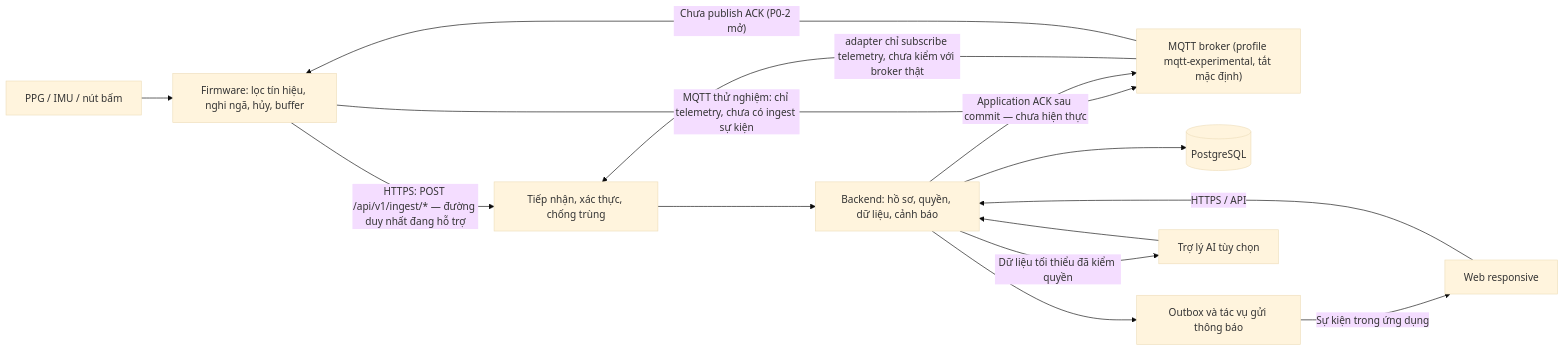
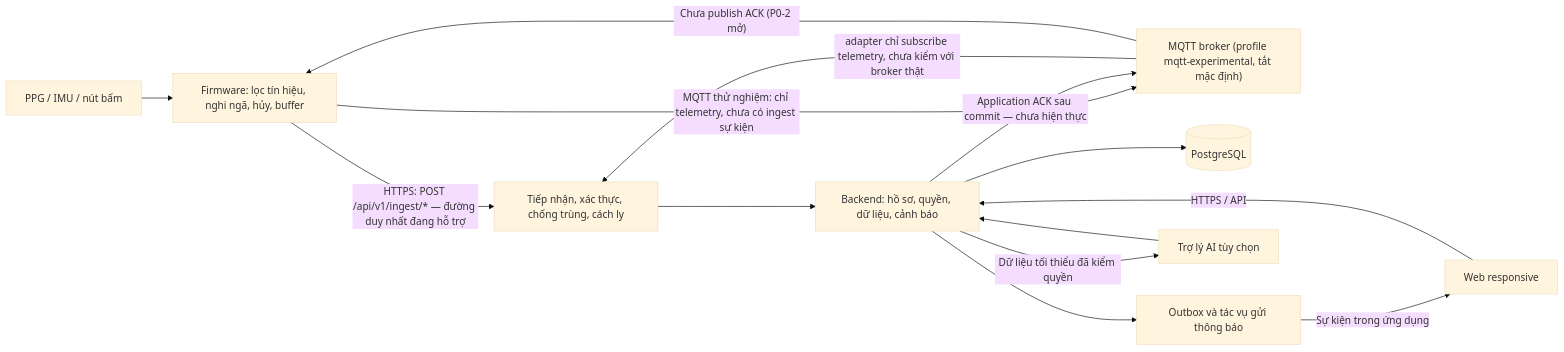
Before and after one commit to Tung204/Heart-iot: the first of 2 diagrams in docs/03-kien-truc-he-thong.md, drawn with Mermaid (base theme). The commit also changed other lines of this file and 21 other files, not shown here.

````diff
--- a/docs/03-kien-truc-he-thong.md
+++ b/docs/03-kien-truc-he-thong.md
@@ -9,16 +11,16 @@
 ```mermaid
 flowchart LR
     Sensors["PPG / IMU / nút bấm"] --> Device["Firmware: lọc tín hiệu, nghi ngã, hủy, buffer"]
-    Device -->|"HTTPS: POST /api/v1/ingest/* — đường duy nhất đang hỗ trợ"| Ingest["Tiếp nhận, xác thực, chống trùng"]
+    Device -->|"HTTPS: POST /api/v1/ingest/* — đường duy nhất đang hỗ trợ"| Ingest["Tiếp nhận, xác thực, chống trùng, cách ly"]
     Device -->|"MQTT thử nghiệm: chỉ telemetry, chưa có ingest sự kiện"| Broker["MQTT broker (profile mqtt-experimental, tắt mặc định)"]
     Broker -->|"adapter chỉ subscribe telemetry, chưa kiểm với broker thật"| Ingest
     Ingest --> Backend["Backend: hồ sơ, quyền, dữ liệu, cảnh báo"]
     Backend --> DB[("PostgreSQL")]
     Backend --> Delivery["Outbox và tác vụ gửi thông báo"]
     Delivery -->|"Sự kiện trong ứng dụng"| Web["Web responsive"]
     Web -->|"HTTPS / API"| Backend
     Backend -->|"Application ACK sau commit — chưa hiện thực"| Broker
     Broker -->|"Chưa publish ACK (P0-2 mở)"| Device
     Backend -->|"Dữ liệu tối thiểu đã kiểm quyền"| AI["Trợ lý AI tùy chọn"]
     AI --> Backend
 ```
````
